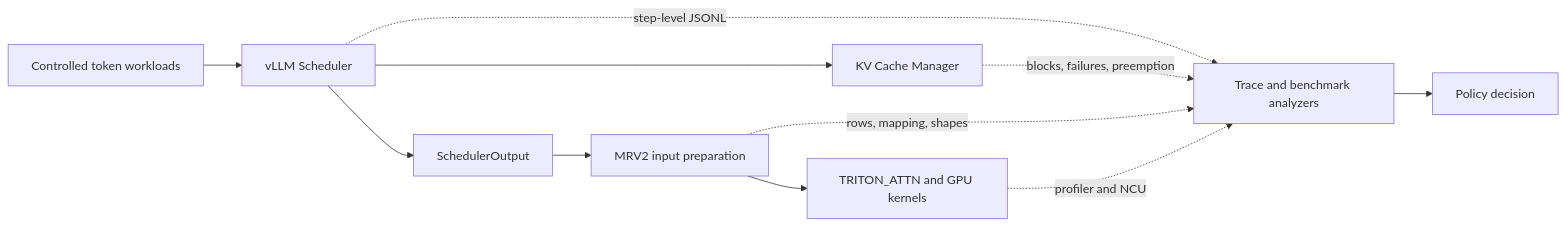
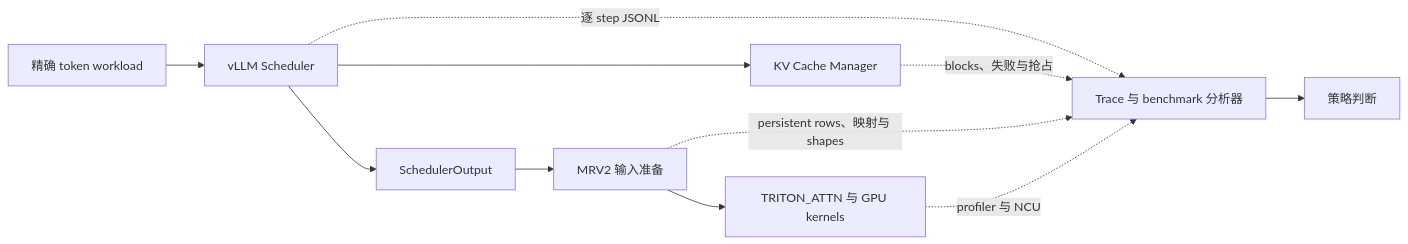
Before and after one commit to Xiaoda11/vllm-scheduler-trace-lab: the diagram in README.md, drawn with Mermaid. The commit also changed other lines of this file, not shown here.

````diff
--- a/README.md
+++ b/README.md
@@ -18,13 +17,13 @@
 ```mermaid
 flowchart LR
-    W[Controlled token workloads] --> S[vLLM Scheduler]
+    W[精确 token workload] --> S[vLLM Scheduler]
     S --> K[KV Cache Manager]
     S --> O[SchedulerOutput]
-    O --> M[MRV2 input preparation]
-    M --> G[TRITON_ATTN and GPU kernels]
-    S -. step-level JSONL .-> E[Trace and benchmark analyzers]
-    K -. blocks, failures, preemption .-> E
-    M -. rows, mapping, shapes .-> E
-    G -. profiler and NCU .-> E
-    E --> D[Policy decision]
+    O --> M[MRV2 输入准备]
+    M --> G[TRITON_ATTN 与 GPU kernels]
+    S -. 逐 step JSONL .-> E[Trace 与 benchmark 分析器]
+    K -. blocks、失败与抢占 .-> E
+    M -. persistent rows、映射与 shapes .-> E
+    G -. profiler 与 NCU .-> E
+    E --> D[策略判断]
 ```
````
